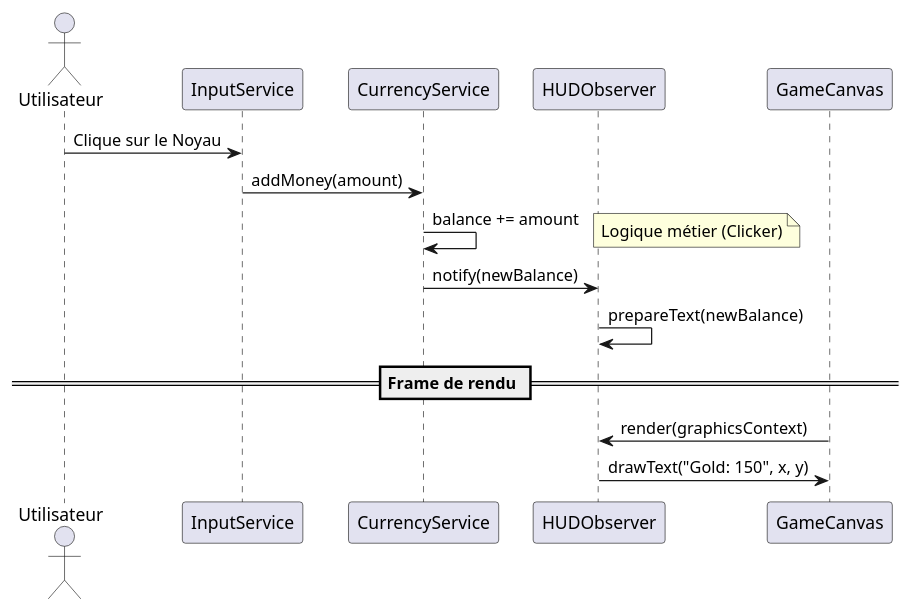
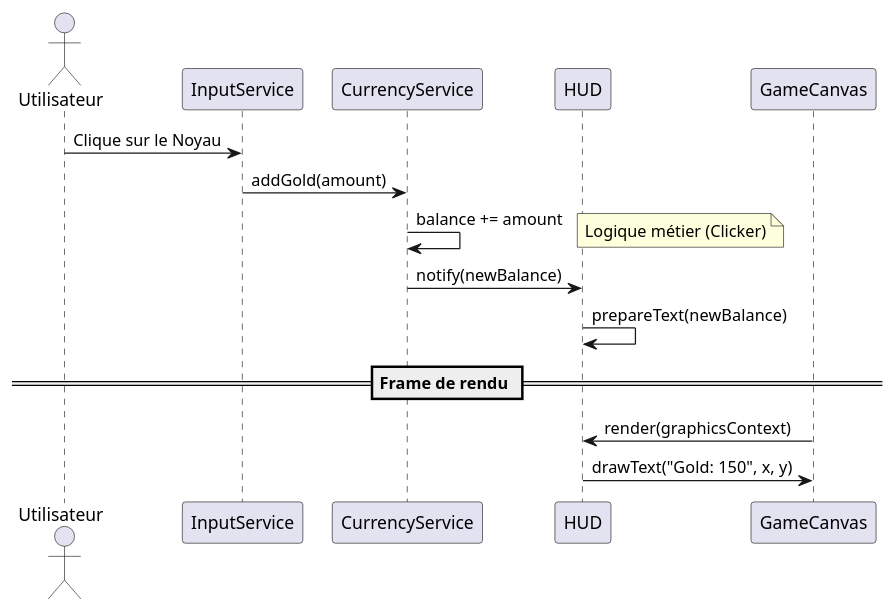
Before and after one commit to CPE-LYON-APICOT/projet-fashiondesignershaters: the second of 2 diagrams in docs/conception.md, drawn with PlantUML. The commit also changed other lines of this file, not shown here.

````diff
--- a/docs/conception.md
+++ b/docs/conception.md
@@ -194,24 +220,24 @@
 ```plantuml
 @startuml
 
 actor Utilisateur
 participant "InputService" as Input
 participant "CurrencyService" as Currency
-participant "HUDObserver" as HUD
+participant "HUD" as HUD
 participant "GameCanvas" as Canvas
 
 Utilisateur -> Input : Clique sur le Noyau
-Input -> Currency : addMoney(amount)
+Input -> Currency : addGold(amount)
 
 Currency -> Currency : balance += amount
 note right : Logique métier (Clicker)
 
 Currency -> HUD : notify(newBalance)
 HUD -> HUD : prepareText(newBalance)
 
 == Frame de rendu ==
 Canvas -> HUD : render(graphicsContext)
 HUD -> Canvas : drawText("Gold: 150", x, y)
 
 @enduml
 ```
````
